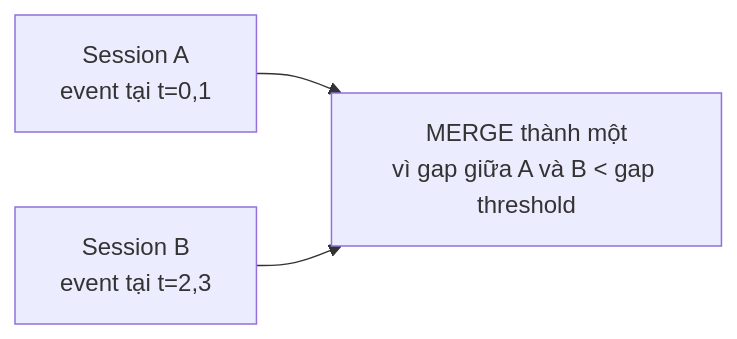
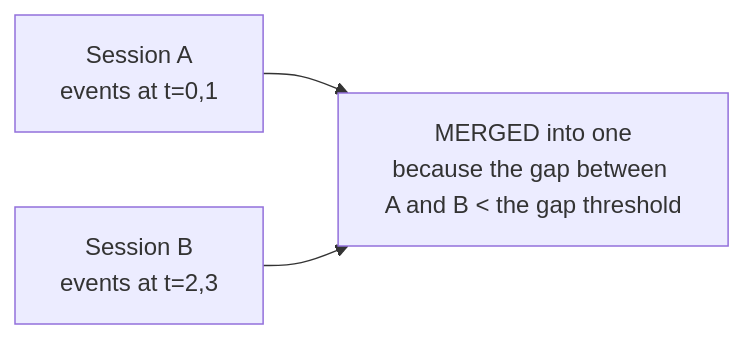
Before and after one commit to vuhoang001/knowledge: the third of 3 diagrams in i18n/en/docusaurus-plugin-content-docs/current/etl/flink/skills/windows.md, drawn with Mermaid. The commit also changed other lines of this file and 21 other files, not shown here.

````diff
--- a/i18n/en/docusaurus-plugin-content-docs/current/etl/flink/skills/windows.md
+++ b/i18n/en/docusaurus-plugin-content-docs/current/etl/flink/skills/windows.md
@@ -173,5 +172,5 @@
 ```mermaid
 graph LR
-    A["Session A<br/>event tại t=0,1"] --> M["MERGE thành một<br/>vì gap giữa A và B < gap threshold"]
-    B["Session B<br/>event tại t=2,3"] --> M
+    A["Session A<br/>events at t=0,1"] --> M["MERGED into one<br/>because the gap between A and B < the gap threshold"]
+    B["Session B<br/>events at t=2,3"] --> M
 ```
````
